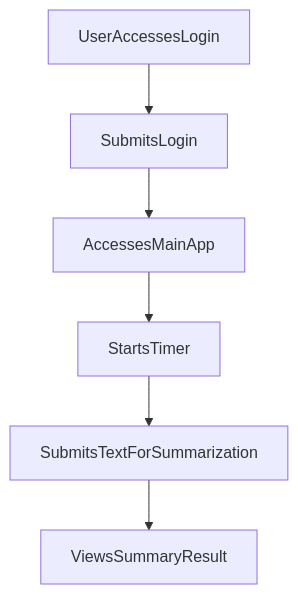
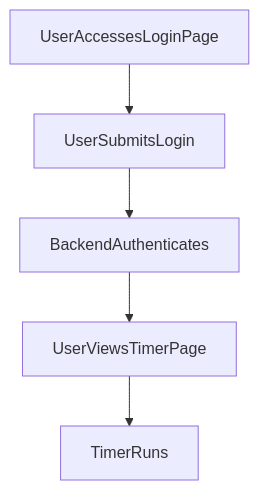
Before and after one commit to yogithasivakumar/FocusZen: the second of 2 diagrams in README.md, drawn with Mermaid. The commit also changed other lines of this file, not shown here.

````diff
--- a/README.md
+++ b/README.md
@@ -25,8 +22,7 @@
 ```mermaid
 flowchart TD
-    UserAccessesLogin --> SubmitsLogin
-    SubmitsLogin --> AccessesMainApp
-    AccessesMainApp --> StartsTimer
-    StartsTimer --> SubmitsTextForSummarization
-    SubmitsTextForSummarization --> ViewsSummaryResult
+    UserAccessesLoginPage --> UserSubmitsLogin
+    UserSubmitsLogin --> BackendAuthenticates
+    BackendAuthenticates --> UserViewsTimerPage
+    UserViewsTimerPage --> TimerRuns
 ```
````
